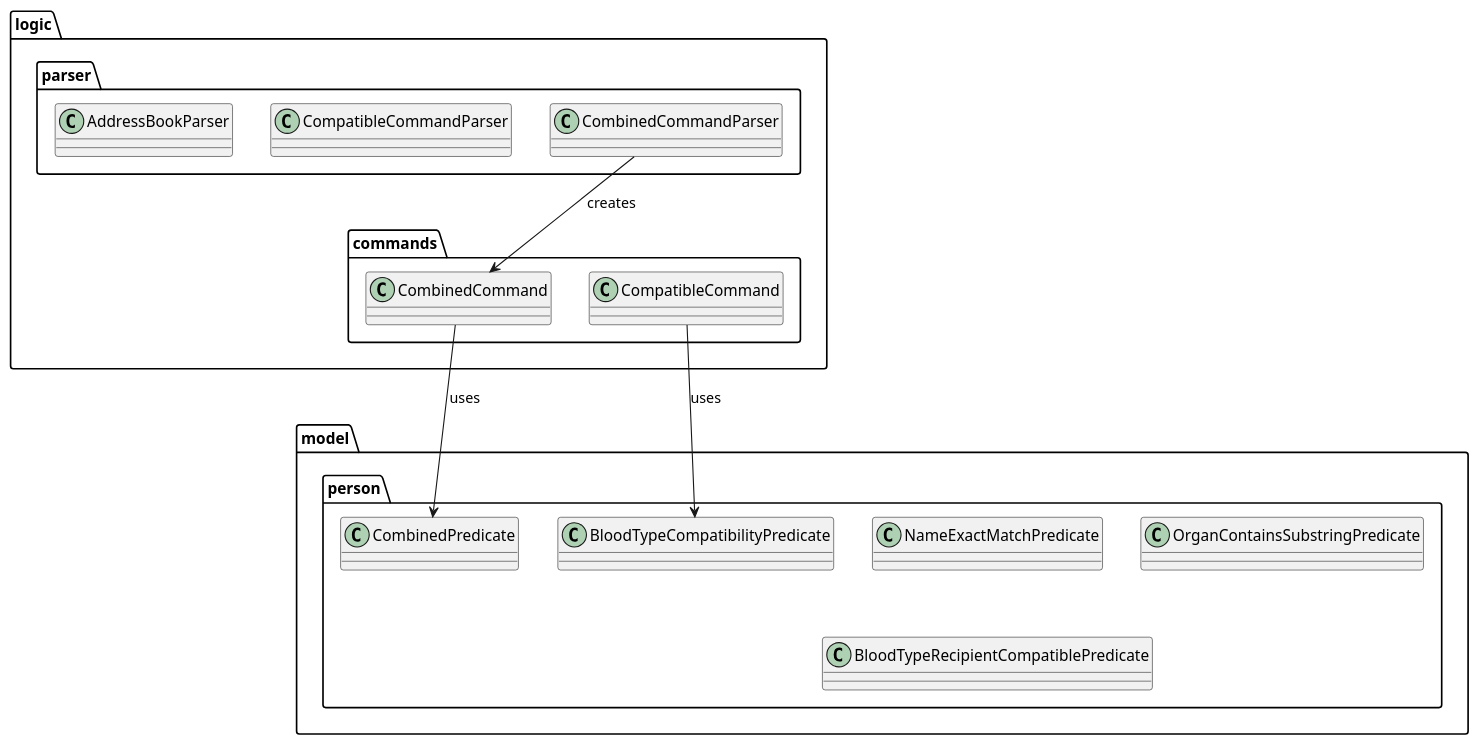
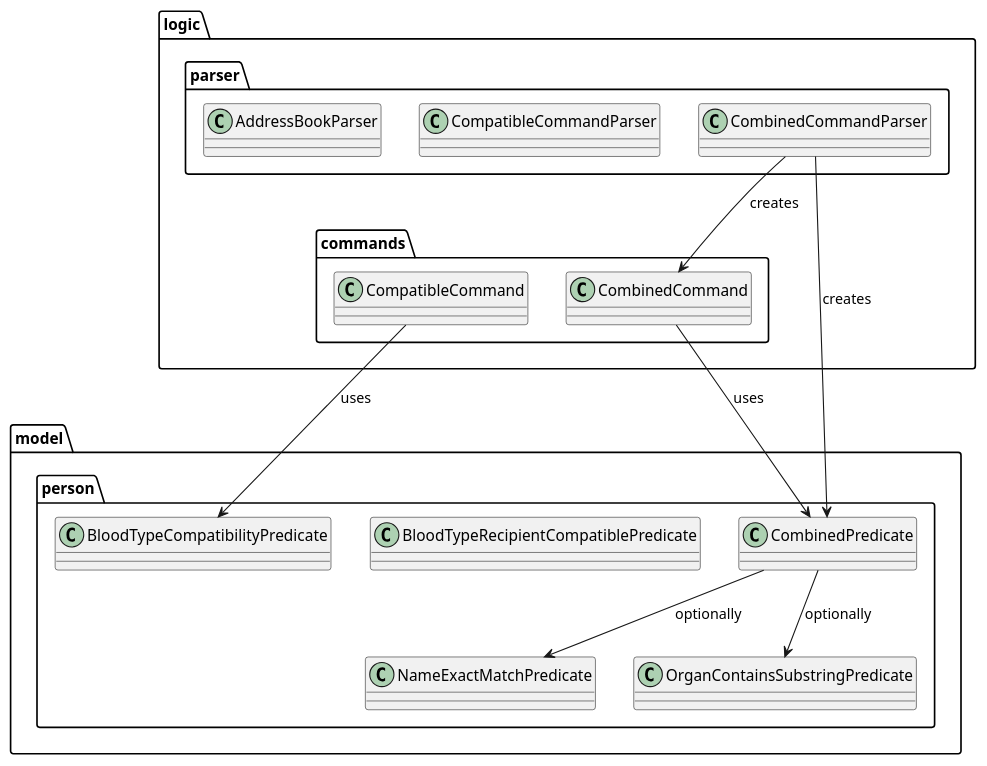
One commit to baozzii/tp changed the diagram in docs/diagrams/CombinedCompatibleClassDiagram.puml. Above: the diagram before and after it, drawn with PlantUML.

Commit message:
Edit UML Diagram

```diff
--- a/docs/diagrams/CombinedCompatibleClassDiagram.puml
+++ b/docs/diagrams/CombinedCompatibleClassDiagram.puml
@@ -1,28 +1,31 @@
 @startuml
 skinparam classAttributeIconSize 0
 
 package "logic.commands" {
   class CombinedCommand
   class CompatibleCommand
 }
 
 package "logic.parser" {
   class CombinedCommandParser
   class CompatibleCommandParser
   class AddressBookParser
 }
 
 package "model.person" {
   class CombinedPredicate
   class NameExactMatchPredicate
   class OrganContainsSubstringPredicate
   class BloodTypeRecipientCompatiblePredicate
   class BloodTypeCompatibilityPredicate
 }
 
 CombinedCommand --> CombinedPredicate : uses
 CompatibleCommand --> BloodTypeCompatibilityPredicate : uses
 
 CombinedCommandParser --> CombinedCommand : creates
+CombinedCommandParser --> CombinedPredicate : creates
+CombinedPredicate --> NameExactMatchPredicate : optionally
+CombinedPredicate --> OrganContainsSubstringPredicate : optionally
 
 @enduml
```
